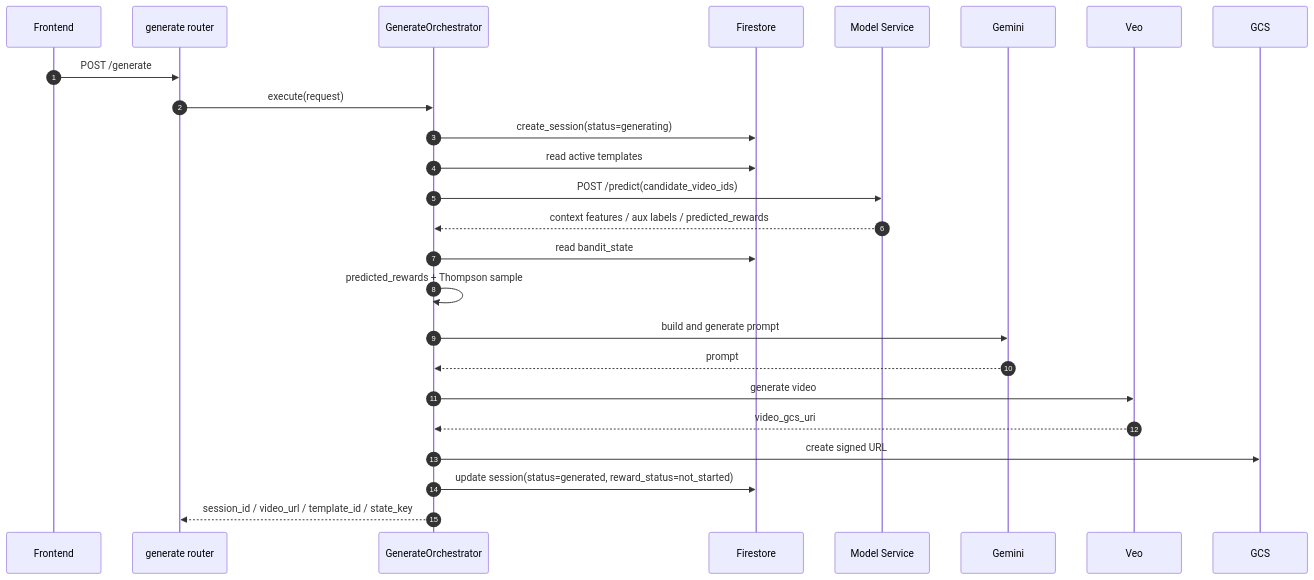
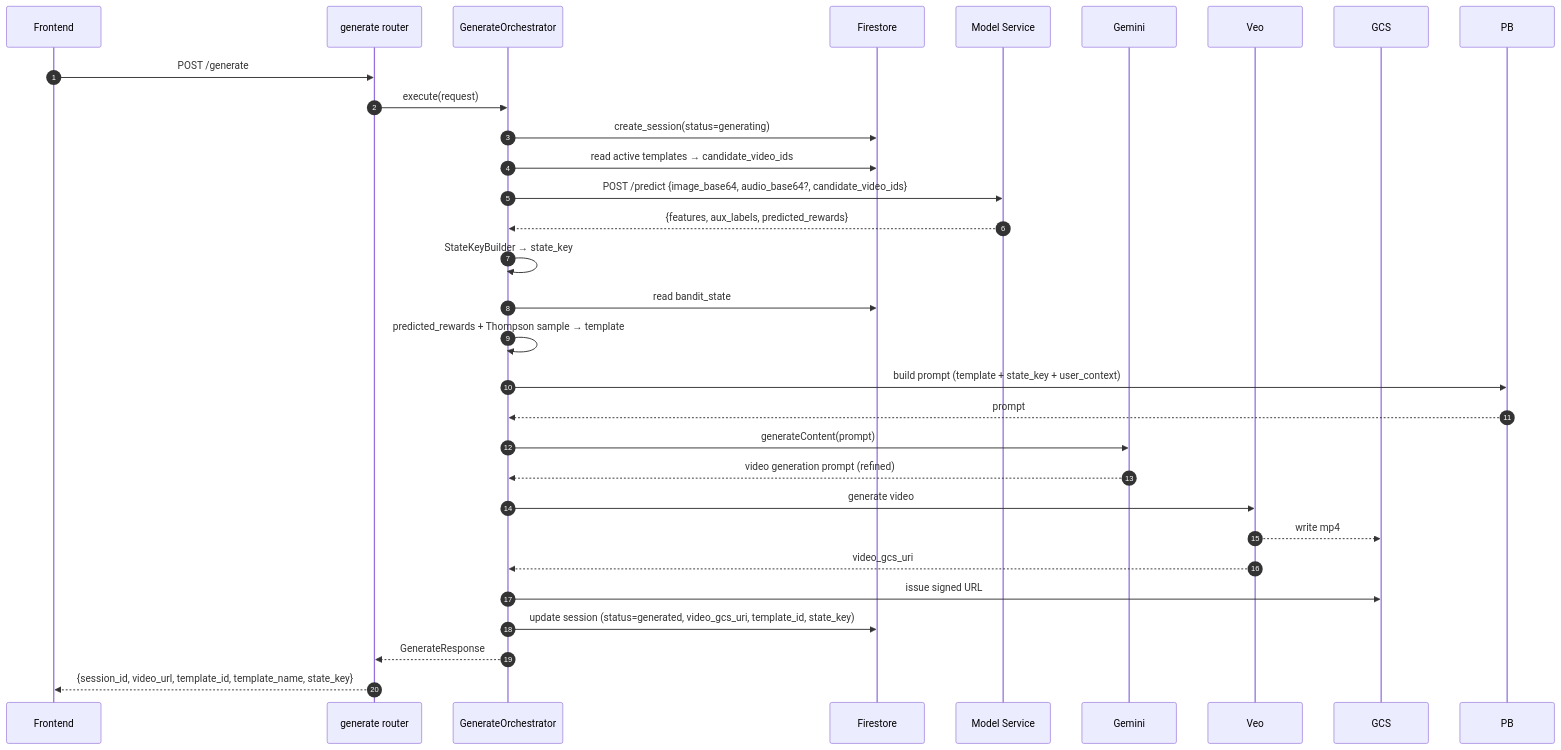
One commit to soy-sorce/tea-pillar changed the third of 7 diagrams in docs/ja/Backend_Design.md. Above: the diagram before and after it, drawn with Mermaid. The commit also changed other lines of this file and 4 other files, not shown here.

````diff
--- a/docs/ja/Backend_Design.md
+++ b/docs/ja/Backend_Design.md
@@ -185,28 +182,33 @@
 ```mermaid
 sequenceDiagram
     autonumber
     participant FE as Frontend
     participant RG as generate router
     participant ORC as GenerateOrchestrator
     participant FS as Firestore
     participant MS as Model Service
     participant GM as Gemini
     participant VE as Veo
     participant GCS as GCS
 
     FE->>RG: POST /generate
     RG->>ORC: execute(request)
     ORC->>FS: create_session(status=generating)
-    ORC->>FS: read active templates
-    ORC->>MS: POST /predict(candidate_video_ids)
-    MS-->>ORC: context features / aux labels / predicted_rewards
+    ORC->>FS: read active templates → candidate_video_ids
+    ORC->>MS: POST /predict {image_base64, audio_base64?, candidate_video_ids}
+    MS-->>ORC: {features, aux_labels, predicted_rewards}
+    ORC->>ORC: StateKeyBuilder → state_key
     ORC->>FS: read bandit_state
-    ORC->>ORC: predicted_rewards + Thompson sample
-    ORC->>GM: build and generate prompt
-    GM-->>ORC: prompt
+    ORC->>ORC: predicted_rewards + Thompson sample → template
+    ORC->>PB: build prompt (template + state_key + user_context)
+    PB-->>ORC: prompt
+    ORC->>GM: generateContent(prompt)
+    GM-->>ORC: video generation prompt (refined)
     ORC->>VE: generate video
+    VE-->>GCS: write mp4
     VE-->>ORC: video_gcs_uri
-    ORC->>GCS: create signed URL
-    ORC->>FS: update session(status=generated, reward_status=not_started)
-    ORC-->>RG: session_id / video_url / template_id / state_key
+    ORC->>GCS: issue signed URL
+    ORC->>FS: update session (status=generated, video_gcs_uri, template_id, state_key)
+    ORC-->>RG: GenerateResponse
+    RG-->>FE: {session_id, video_url, template_id, template_name, state_key}
 ```
````
